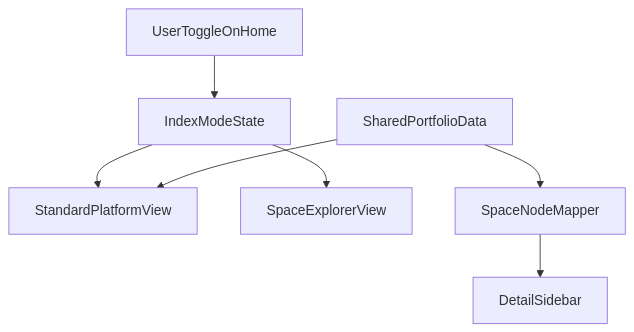
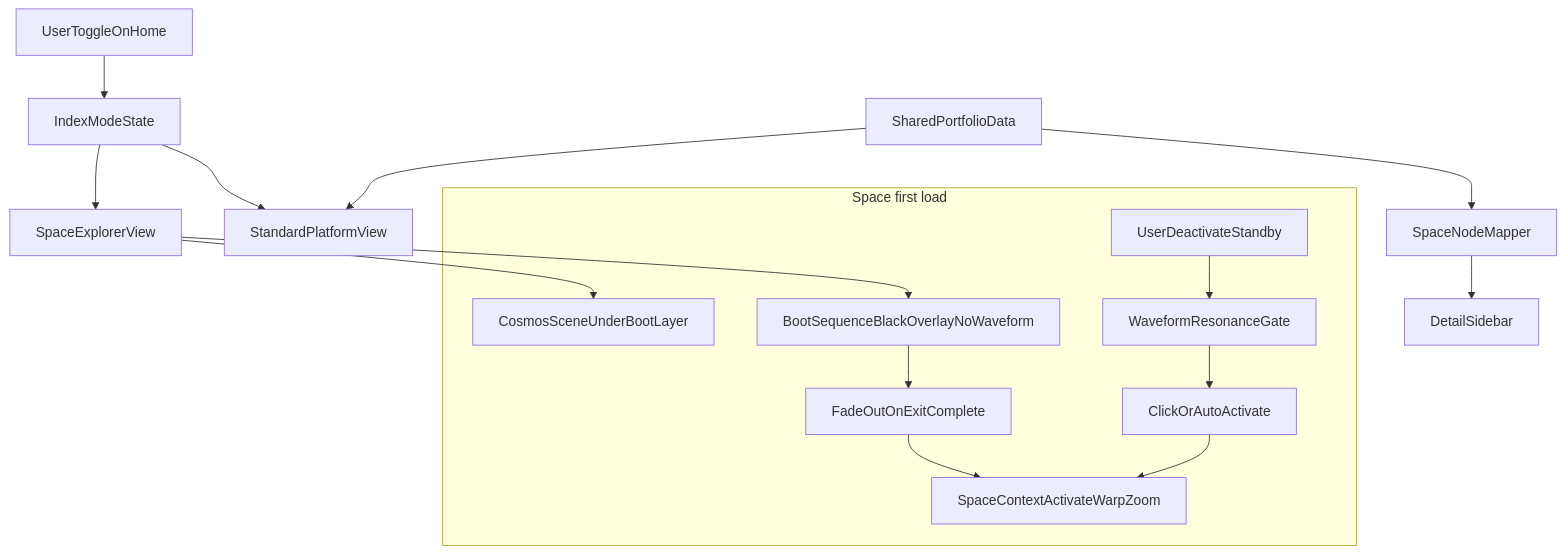
One commit to priyanshukumar0309/Portfolio changed the diagram in docs/tech/space-platform-flow.mmd. Above: the diagram before and after it, drawn with Mermaid. The commit also changed 28 other files, not shown here.

First line of the commit message:
feat(space): refine node graph styling and panel content

```diff
--- a/docs/tech/space-platform-flow.mmd
+++ b/docs/tech/space-platform-flow.mmd
@@ -1,7 +1,20 @@
 flowchart TD
   userToggle[UserToggleOnHome] --> indexMode[IndexModeState]
   indexMode --> standardView[StandardPlatformView]
   indexMode --> spaceView[SpaceExplorerView]
   sharedData[SharedPortfolioData] --> standardView
   sharedData --> spaceMapper[SpaceNodeMapper]
   spaceMapper --> detailSidebar[DetailSidebar]
+
+  subgraph spaceBoot[Space first load]
+    canvas[CosmosSceneUnderBootLayer]
+    boot[BootSequenceBlackOverlayNoWaveform]
+    boot --> bootFade[FadeOutOnExitComplete]
+    bootFade --> warp[SpaceContextActivateWarpZoom]
+    standby[UserDeactivateStandby] --> wave[WaveformResonanceGate]
+    wave --> userOrAuto[ClickOrAutoActivate]
+    userOrAuto --> warp
+  end
+
+  spaceView --> canvas
+  spaceView --> boot
```
